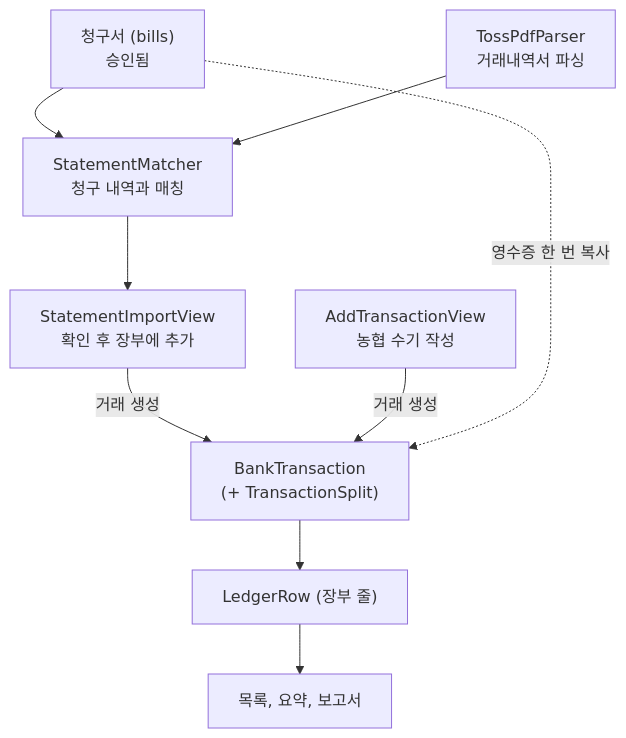
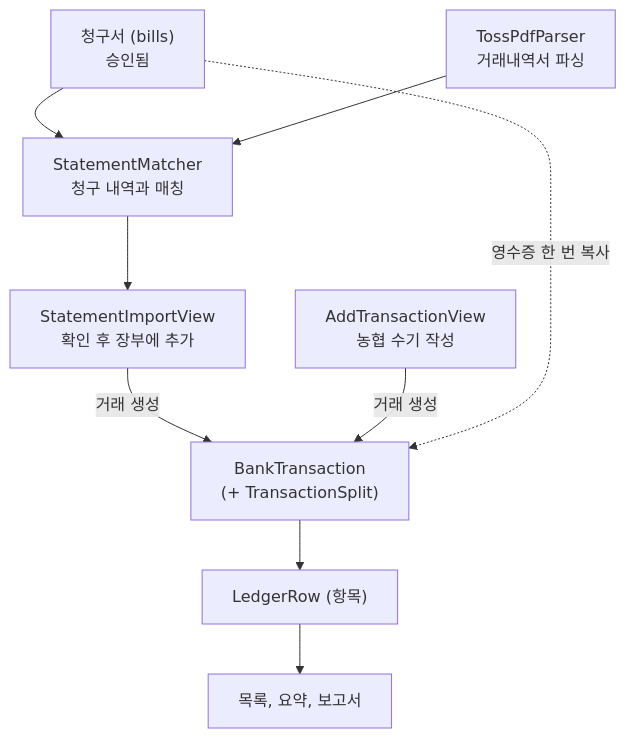
The first of 4 diagrams in NanuriAdmin/Features/Finance/README.md (Ciracino88/nanuri-ios-app), drawn with Mermaid before and after one commit. The commit also changed other lines of this file and 7 other files, not shown here.

````diff
--- a/NanuriAdmin/Features/Finance/README.md
+++ b/NanuriAdmin/Features/Finance/README.md
@@ -41,19 +41,19 @@
 ```mermaid
 flowchart TD
     bills["청구서 (bills)<br/>승인됨"]
     parser["TossPdfParser<br/>거래내역서 파싱"]
     matcher["StatementMatcher<br/>청구 내역과 매칭"]
     imp["StatementImportView<br/>확인 후 장부에 추가"]
     add["AddTransactionView<br/>농협 수기 작성"]
     tx["BankTransaction<br/>(+ TransactionSplit)"]
-    rows["LedgerRow (장부 줄)"]
+    rows["LedgerRow (항목)"]
     out["목록, 요약, 보고서"]
 
     bills --> matcher
     parser --> matcher
     matcher --> imp
     imp -->|거래 생성| tx
     add -->|거래 생성| tx
     bills -. 영수증 한 번 복사 .-> tx
     tx --> rows --> out
 ```
````
